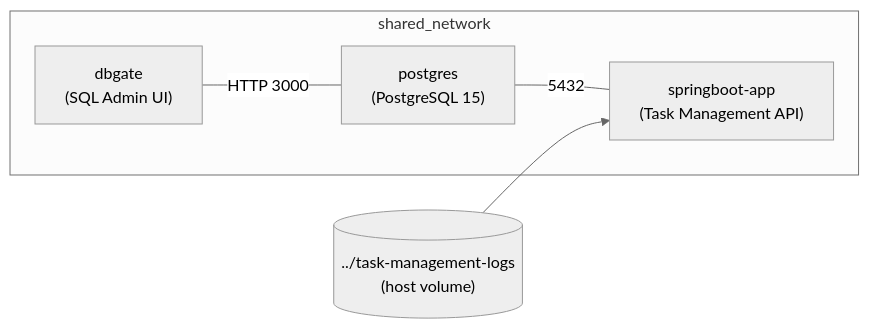
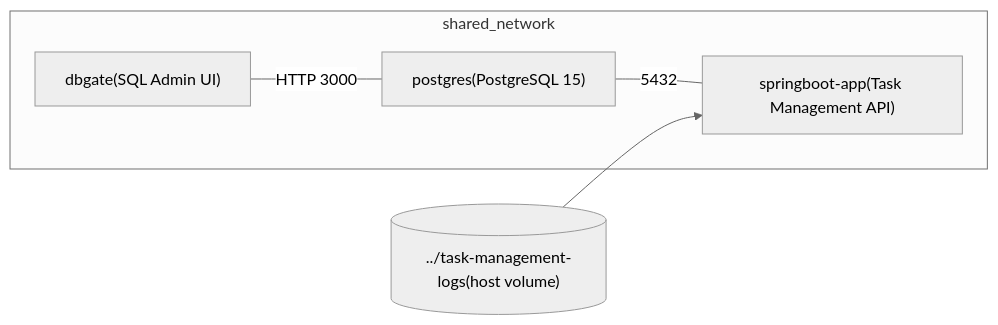
Before and after one commit to genzitizens/TaskManagement-Backend: the fourth of 4 diagrams in docs/architecture-diagrams.md, drawn with Mermaid (neutral theme). The commit also changed other lines of this file, not shown here.

Commit message:
Updated Architecture Diagram

````diff
--- a/docs/architecture-diagrams.md
+++ b/docs/architecture-diagrams.md
@@ -87,11 +87,11 @@
 ```mermaid
 flowchart LR
     subgraph SharedNetwork[shared_network]
-        SpringBoot["springboot-app\n(Task Management API)"]
-        Postgres["postgres\n(PostgreSQL 15)"]
-        Dbgate["dbgate\n(SQL Admin UI)"]
+        SpringBoot["springboot-app(Task Management API)"]
+        Postgres["postgres(PostgreSQL 15)"]
+        Dbgate["dbgate(SQL Admin UI)"]
     end
     Postgres ---|"5432"| SpringBoot
     Dbgate ---|"HTTP 3000"| Postgres
-    Volume[("../task-management-logs\n(host volume)")] --> SpringBoot
+    Volume[("../task-management-logs(host volume)")] --> SpringBoot
 ```
````
